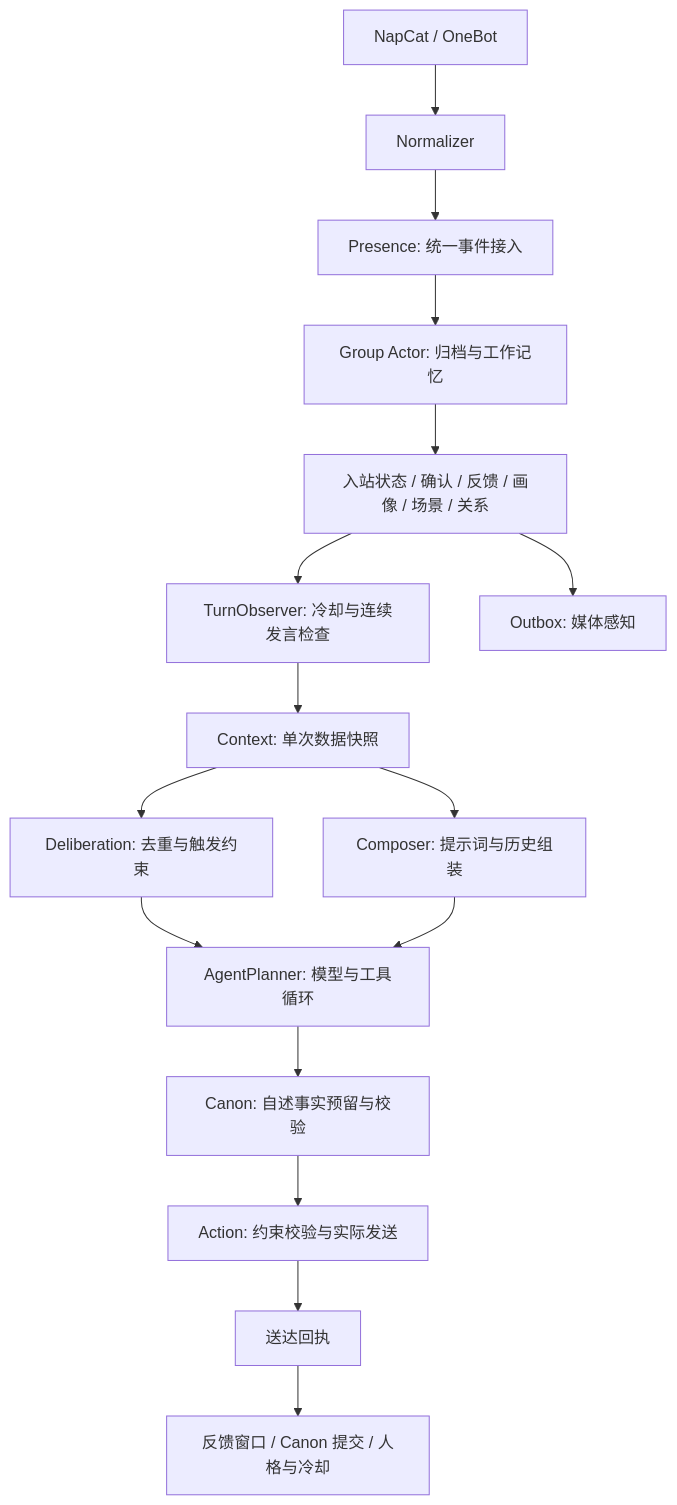
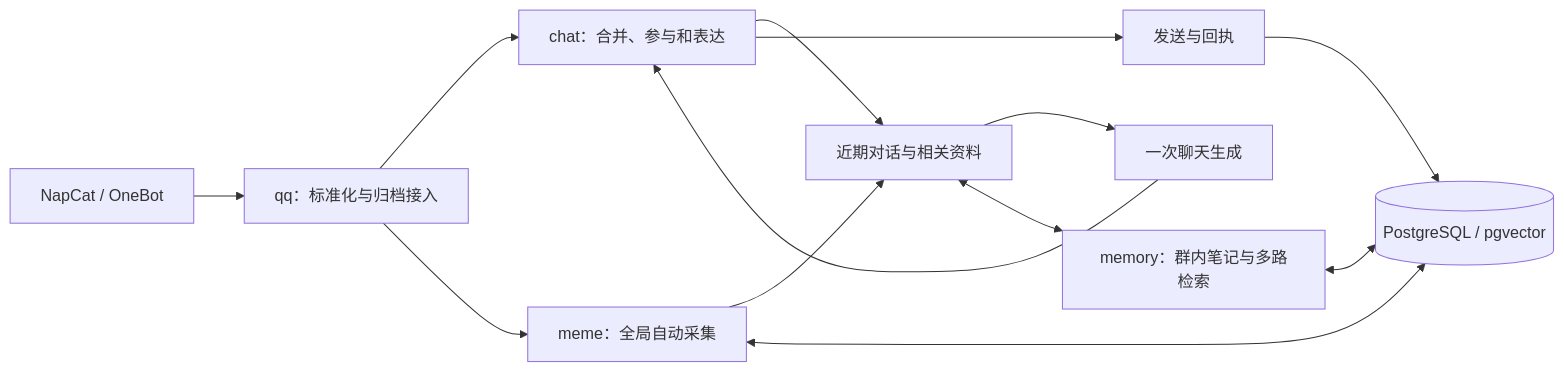
Before and after one commit to Penryn/go-agent: the diagram in docs/ARCHITECTURE.md, drawn with Mermaid. The commit also changed other lines of this file and 10 other files, not shown here.

````diff
--- a/docs/ARCHITECTURE.md
+++ b/docs/ARCHITECTURE.md
@@ -7,18 +5,15 @@
 ```mermaid
-flowchart TD
-    QQ[NapCat / OneBot] --> Normalize[Normalizer]
-    Normalize --> Ingress[Presence: 统一事件接入]
-    Ingress --> Actor[Group Actor: 归档与工作记忆]
-    Actor --> Observe[入站状态 / 确认 / 反馈 / 画像 / 场景 / 关系]
-    Observe --> Gate[TurnObserver: 冷却与连续发言检查]
-    Gate --> Snapshot[Context: 单次数据快照]
-    Snapshot --> Admission[Deliberation: 去重与触发约束]
-    Admission --> Planner[AgentPlanner: 模型与工具循环]
-    Snapshot --> Composer[Composer: 提示词与历史组装]
-    Composer --> Planner
-    Planner --> Canon[Canon: 自述事实预留与校验]
-    Canon --> Action[Action: 约束校验与实际发送]
-    Action --> Delivery[送达回执]
-    Delivery --> Feedback[反馈窗口 / Canon 提交 / 人格与冷却]
-    Observe --> Outbox[Outbox: 媒体感知]
+flowchart LR
+    QQ[NapCat / OneBot] --> IO[qq：标准化与归档接入]
+    IO --> Chat[chat：合并、参与和表达]
+    Chat --> Context[近期对话与相关资料]
+    Context --> Generate[一次聊天生成]
+    Generate --> Chat
+    Chat --> Send[发送与回执]
+    Context <--> Memory[memory：群内笔记与多路检索]
+    IO --> Meme[meme：全局自动采集]
+    Meme --> Context
+    Memory <--> DB[(PostgreSQL / pgvector)]
+    Meme <--> DB
+    Send --> DB
 ```
````
